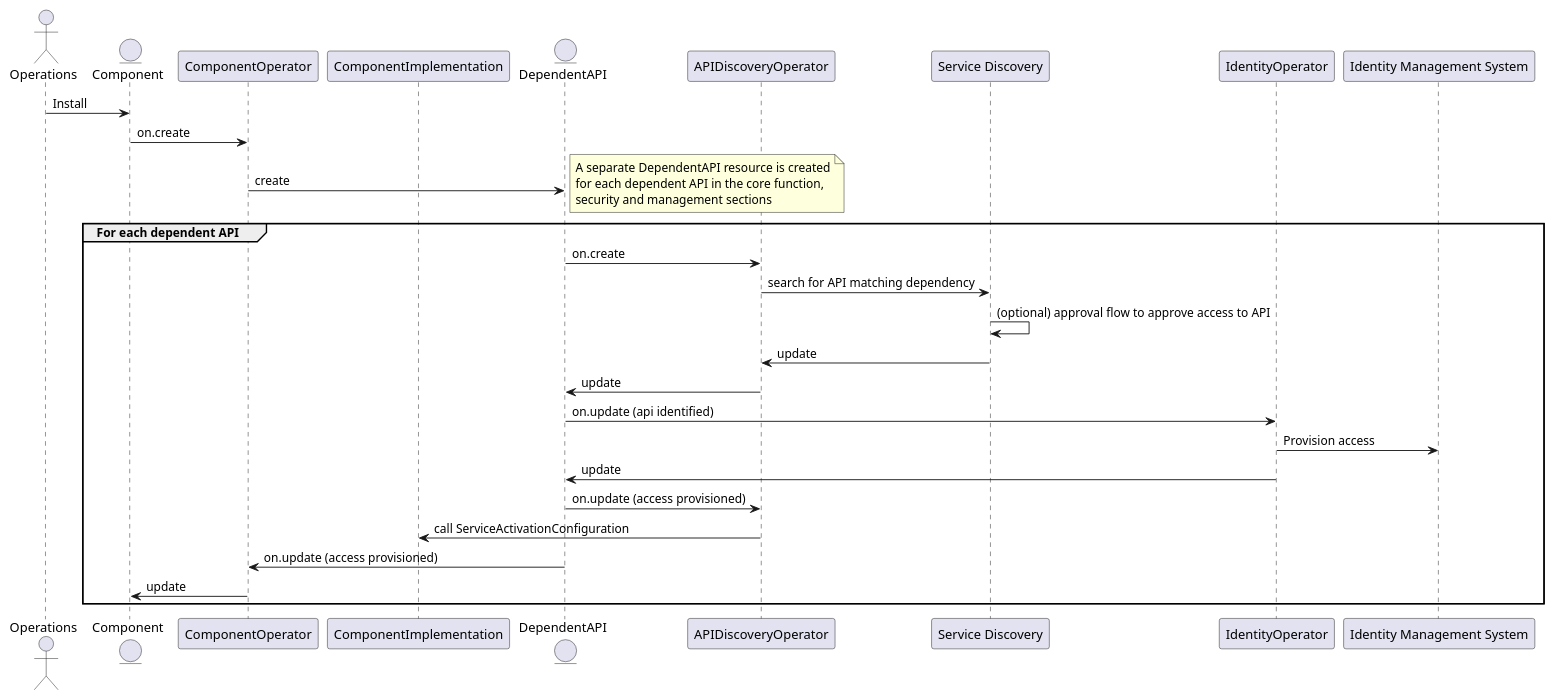
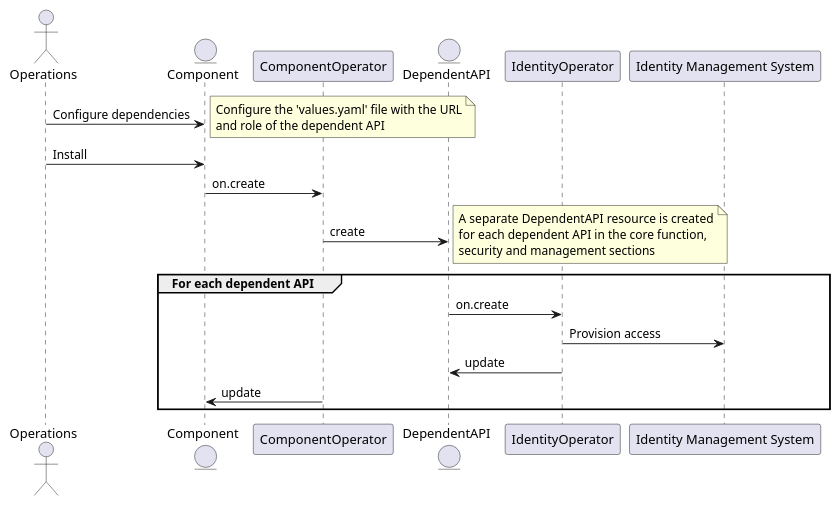
One commit to tmforum-oda/oda-canvas changed the diagram in usecase-library/pumlFiles/discoverDependentAPI.puml. Above: the diagram before and after it, drawn with PlantUML. The commit also changed 4 other files, not shown here.

```diff
--- a/usecase-library/pumlFiles/discoverDependentAPI.puml
+++ b/usecase-library/pumlFiles/discoverDependentAPI.puml
@@ -1,36 +1,28 @@
 @startuml
 
 actor Operations
 entity Component
 participant ComponentOperator
-participant ComponentImplementation
 entity DependentAPI
-participant APIDiscoveryOperator
-
-
-
+Component <- Operations : Configure dependencies
+note right
+    Configure the 'values.yaml' file with the URL
+    and role of the dependent API
+end note
 Component <- Operations : Install
 Component -> ComponentOperator: on.create 
 ComponentOperator -> DependentAPI: create
 note right
     A separate DependentAPI resource is created
     for each dependent API in the core function,
     security and management sections
 end note
 group For each dependent API
-    DependentAPI -> APIDiscoveryOperator: on.create 
-    APIDiscoveryOperator -> "Service Discovery" : search for API matching dependency
-    "Service Discovery" -> "Service Discovery" : (optional) approval flow to approve access to API
-    APIDiscoveryOperator <- "Service Discovery" : update
-    DependentAPI <- APIDiscoveryOperator: update
-    DependentAPI -> IdentityOperator: on.update (api identified)
+    DependentAPI -> IdentityOperator: on.create
     IdentityOperator -> "Identity Management System" : Provision access
     DependentAPI <- IdentityOperator: update
-    DependentAPI -> APIDiscoveryOperator: on.update (access provisioned)
-    ComponentImplementation <- APIDiscoveryOperator: call ServiceActivationConfiguration
-    ComponentOperator <- DependentAPI: on.update (access provisioned)
     Component <- ComponentOperator: update 
 end
 
 
 @enduml
```
